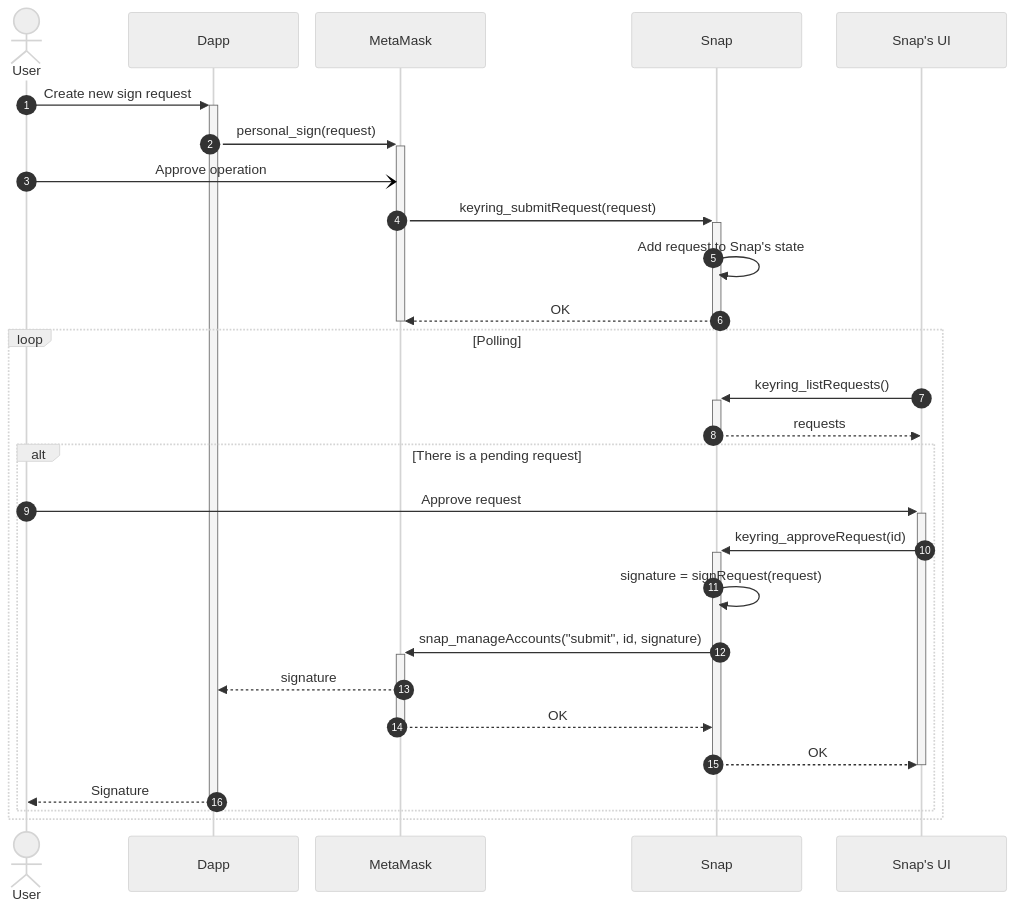
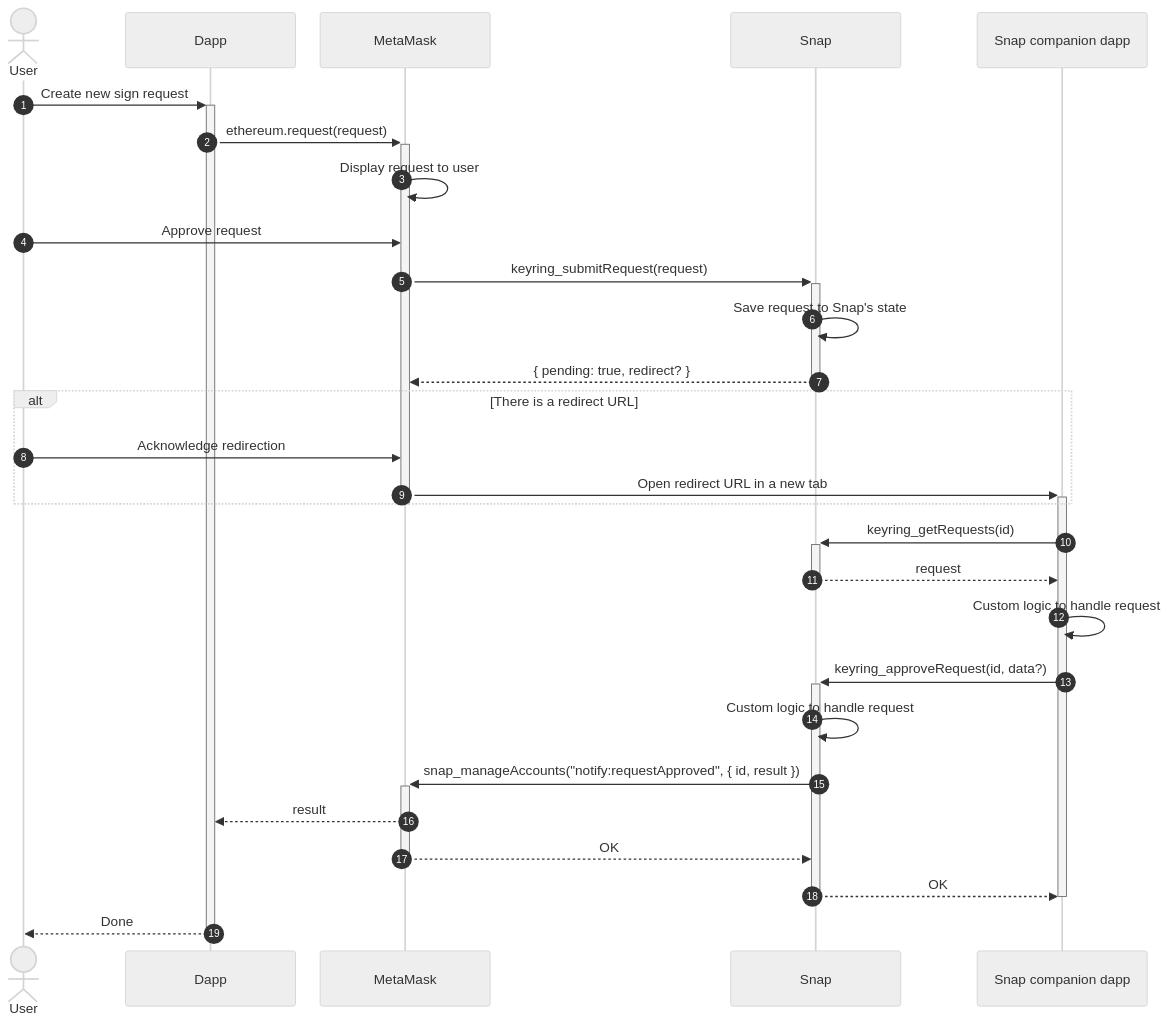
One commit to MetaMask/metamask-docs changed the fifth of 5 diagrams in snaps/concepts/keyring-api.md. Above: the diagram before and after it, drawn with Mermaid (neutral theme). The commit also changed other lines of this file and 12 other files, not shown here.

````diff
--- a/snaps/concepts/keyring-api.md
+++ b/snaps/concepts/keyring-api.md
@@ -219,47 +236,48 @@
 ```mermaid
 %%{
   init: {
     'sequence': {
       'actorMargin': 20,
       'width': 200
     }
   }
 }%%
 
 sequenceDiagram
-  autonumber
+autonumber
 
-  actor User
-  participant Dapp
-  participant MetaMask
-  participant Snap
-  participant Site as Snap's UI
+actor User
+participant Dapp
+participant MetaMask
+participant Snap
+participant Site as Snap companion dapp
 
-  User ->>+ Dapp: Create new sign request
-  Dapp ->>+ MetaMask: personal_sign(request)
-  User -) MetaMask: Approve operation
+User ->>+ Dapp: Create new sign request
+Dapp ->>+ MetaMask: ethereum.request(request)
+MetaMask ->> MetaMask: Display request to user
+User ->> MetaMask: Approve request
 
-  MetaMask ->>+ Snap: keyring_submitRequest(request)
-  Snap ->> Snap: Add request to Snap's state
-  Snap -->>- MetaMask: OK
-  deactivate MetaMask
+MetaMask ->>+ Snap: keyring_submitRequest(request)
+Snap ->> Snap: Save request to Snap's state
+Snap -->>- MetaMask: { pending: true, redirect? }
+alt There is a redirect URL
+  User ->> MetaMask: Acknowledge redirection
+  MetaMask ->>+ Site: Open redirect URL in a new tab
+end
+deactivate MetaMask
 
-  loop Polling
-    Site ->>+ Snap: keyring_listRequests()
-    Snap -->>- Site: requests
+Site ->>+ Snap: keyring_getRequests(id)
+Snap -->>- Site: request
 
-    alt There is a pending request
-	  User ->>+ Site: Approve request
-      Site ->>+ Snap: keyring_approveRequest(id)
-      Snap ->> Snap: signature = signRequest(request)
-      Snap ->>+ MetaMask: snap_manageAccounts("submit", id, signature)
+Site ->> Site: Custom logic to handle request
+Site ->>+ Snap: keyring_approveRequest(id, data?)
+Snap ->> Snap: Custom logic to handle request
+Snap ->>+ MetaMask: snap_manageAccounts("notify:requestApproved", { id, result })
 
-	  MetaMask -->> Dapp: signature
-	  MetaMask -->>- Snap: OK
-	  Snap -->>- Site: OK
-	  deactivate Site
+MetaMask -->> Dapp: result
+MetaMask -->>- Snap: OK
+Snap -->>- Site: OK
+deactivate Site
 
-      Dapp -->>- User: Signature
-    end
-  end
+Dapp -->>- User: Done
 ```
````
